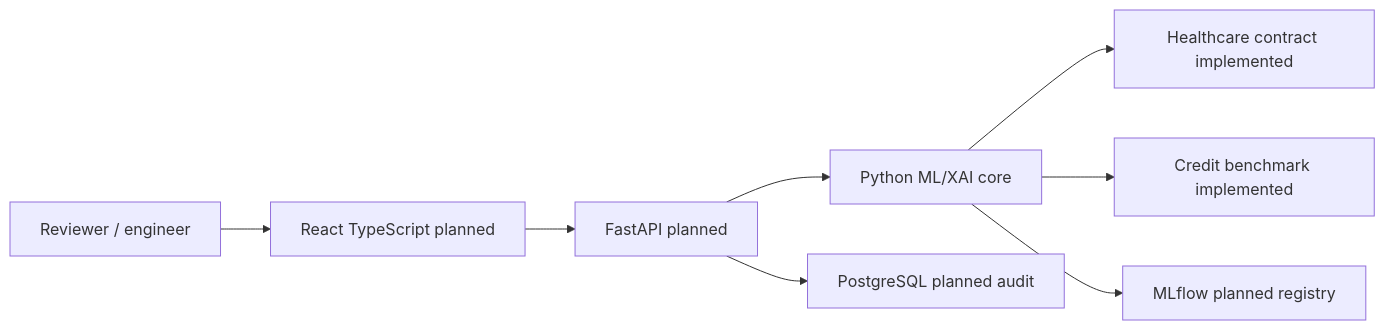
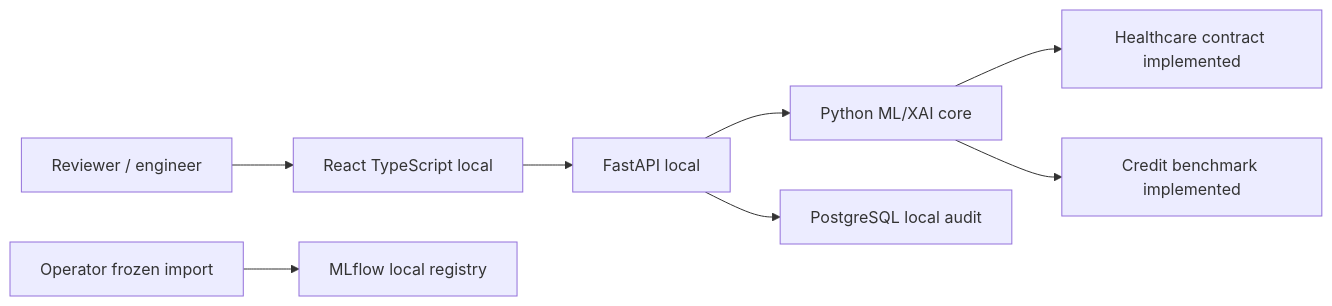
One commit to Ameya5006/Aletheia changed the diagram in README.md. Above: the diagram before and after it, drawn with Mermaid. The commit also changed other lines of this file and 8 other files, not shown here.

````diff
--- a/README.md
+++ b/README.md
@@ -119,10 +121,10 @@
 ```mermaid
 flowchart LR
-  U[Reviewer / engineer] --> UI[React TypeScript planned]
-  UI --> API[FastAPI planned]
+  U[Reviewer / engineer] --> UI[React TypeScript local]
+  UI --> API[FastAPI local]
   API --> CORE[Python ML/XAI core]
   CORE --> HC[Healthcare contract implemented]
   CORE --> CR[Credit benchmark implemented]
-  API --> DB[PostgreSQL planned audit]
-  CORE --> REG[MLflow planned registry]
+  API --> DB[PostgreSQL local audit]
+  OP[Operator frozen import] --> REG[MLflow local registry]
 ```
````
